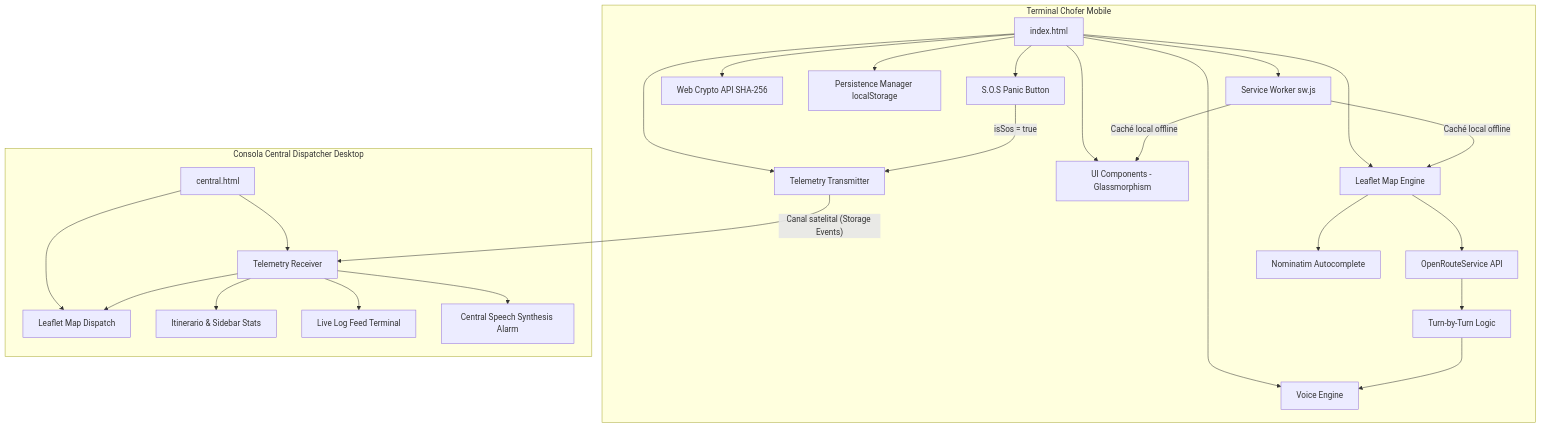
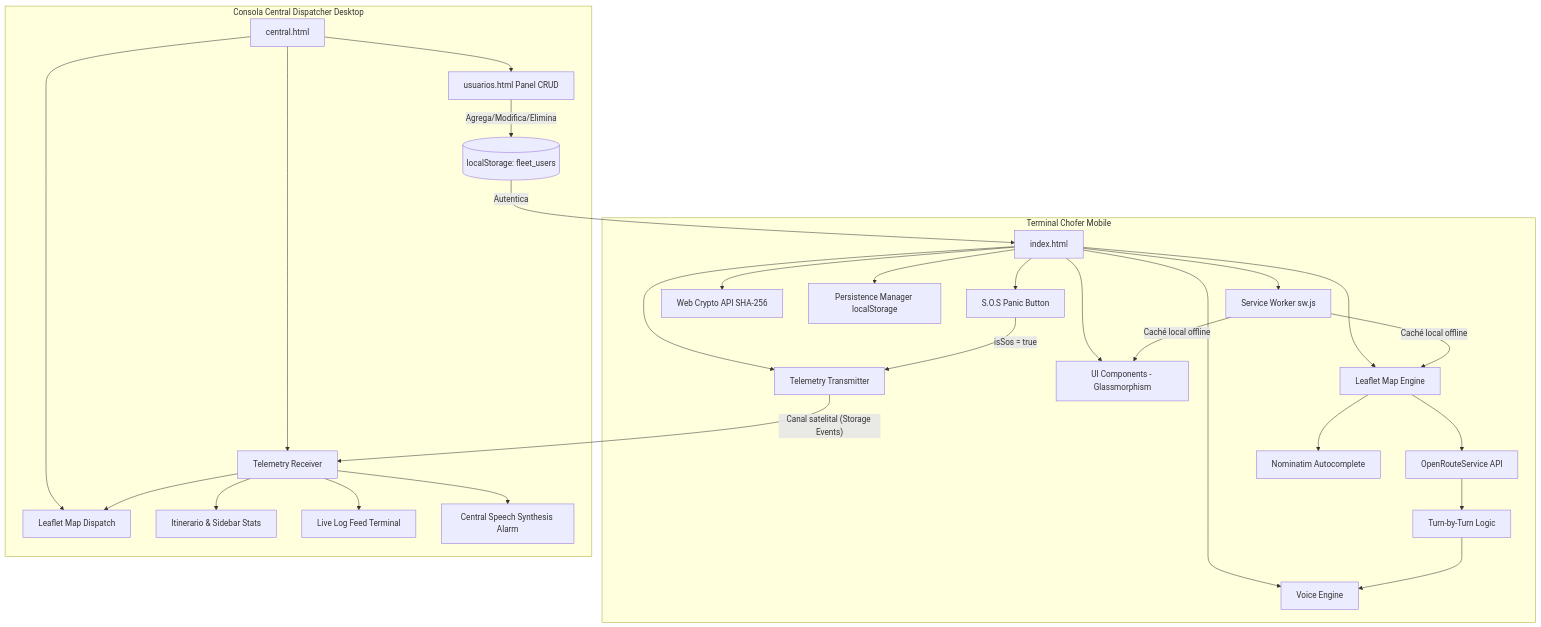
The diagram in web-app/README.md (JuanMatiasGuarnieri/correoService), drawn with Mermaid before and after one commit. The commit also changed other lines of this file and 4 other files, not shown here.

````diff
--- a/web-app/README.md
+++ b/web-app/README.md
@@ -117,31 +126,34 @@
 ```mermaid
 graph TD
     subgraph Terminal Chofer Mobile
         A[index.html] --> B[Leaflet Map Engine]
         A --> C[UI Components - Glassmorphism]
         A --> SW[Service Worker sw.js]
         SW --> |Caché local offline| B
         SW --> |Caché local offline| C
         A --> CRY[Web Crypto API SHA-256]
         B --> D[OpenRouteService API]
         B --> E[Nominatim Autocomplete]
         A --> F[Voice Engine]
         A --> G[Persistence Manager localStorage]
         D --> H[Turn-by-Turn Logic]
         H --> F
         A --> SOS[S.O.S Panic Button]
         A --> TEL[Telemetry Transmitter]
         SOS --> |"isSos = true"| TEL
     end
     
     TEL --> |"Canal satelital (Storage Events)"| TEL_R
     
     subgraph Consola Central Dispatcher Desktop
         C_HTML[central.html] --> C_MAP[Leaflet Map Dispatch]
         C_HTML --> TEL_R[Telemetry Receiver]
         TEL_R --> C_MAP
         TEL_R --> C_UI[Itinerario & Sidebar Stats]
         TEL_R --> C_LOG[Live Log Feed Terminal]
         TEL_R --> C_VOX[Central Speech Synthesis Alarm]
+        C_HTML --> U_HTML[usuarios.html Panel CRUD]
+        U_HTML --> |"Agrega/Modifica/Elimina"| G_USERS[(localStorage: fleet_users)]
+        G_USERS --> |"Autentica"| A
     end
 ```
````
